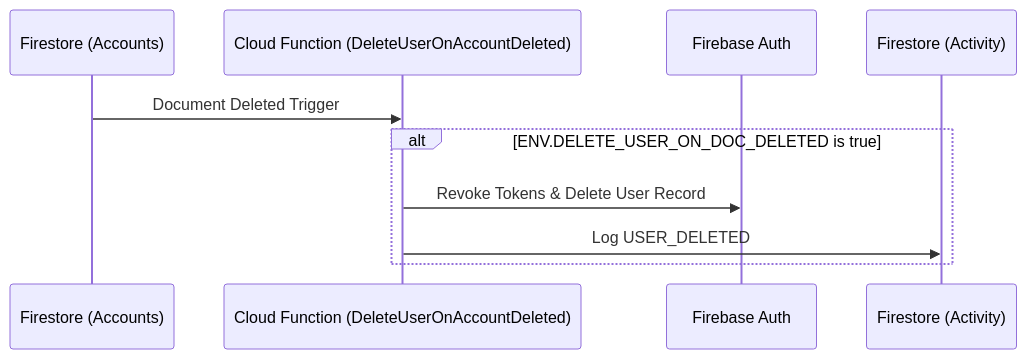
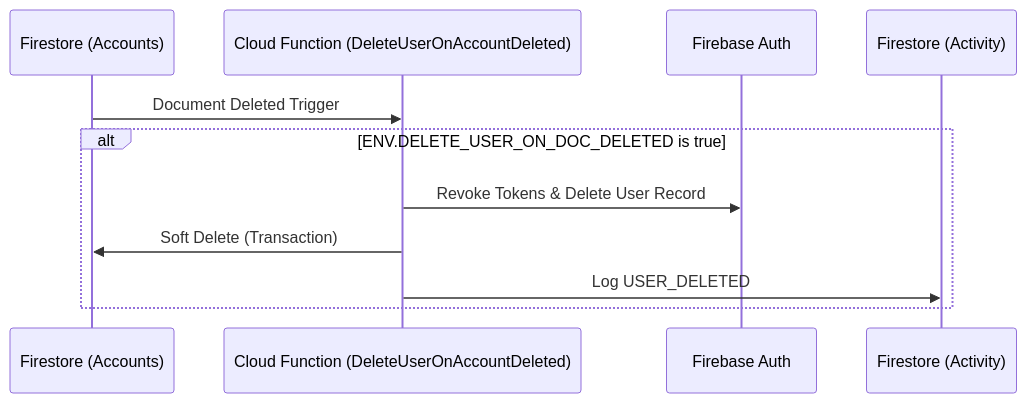
Before and after one commit to orion-next/firebase-firestore-iam: the fourth of 5 diagrams in README.md, drawn with Mermaid. The commit also changed other lines of this file and 9 other files, not shown here.

````diff
--- a/README.md
+++ b/README.md
@@ -104,13 +114,14 @@
 ```mermaid
 sequenceDiagram
     participant FS as Firestore (Accounts)
     participant Func as Cloud Function (DeleteUserOnAccountDeleted)
     participant Auth as Firebase Auth
     participant Log as Firestore (Activity)
 
     FS->>Func: Document Deleted Trigger
     alt ENV.DELETE_USER_ON_DOC_DELETED is true
         Func->>Auth: Revoke Tokens & Delete User Record
+        Func->>FS: Soft Delete (Transaction)
         Func->>Log: Log USER_DELETED
     end
 ```
````
